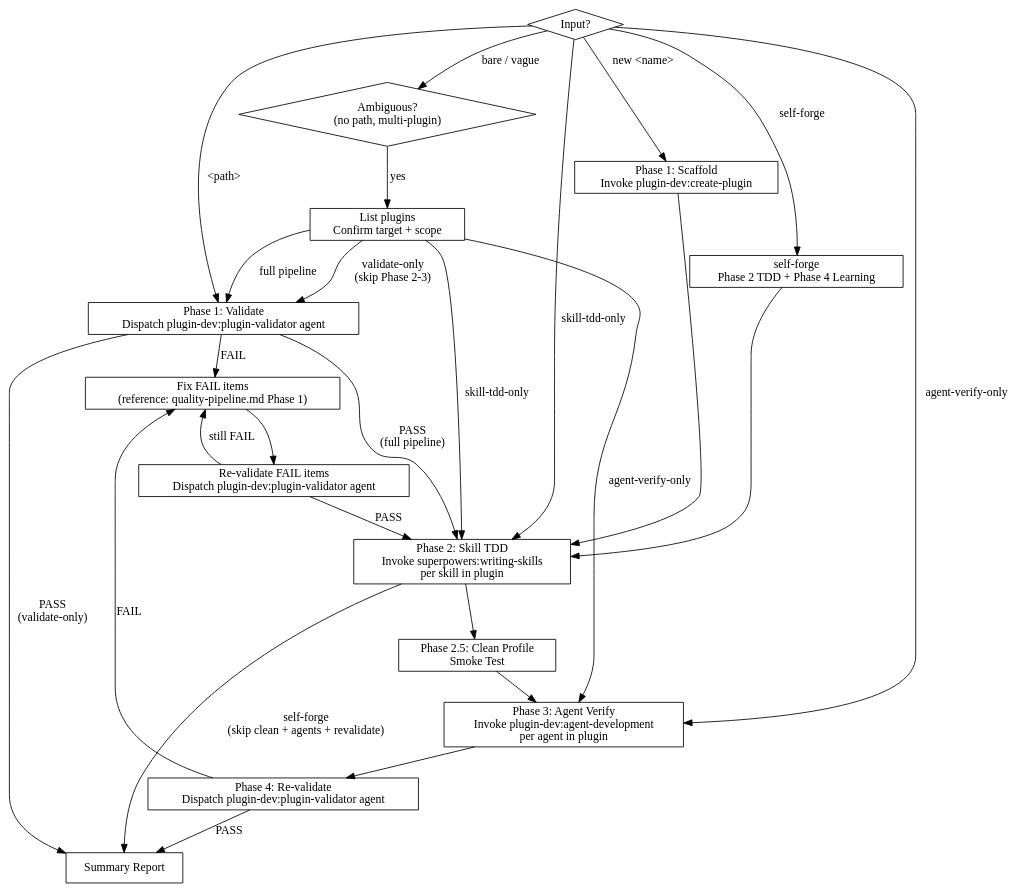
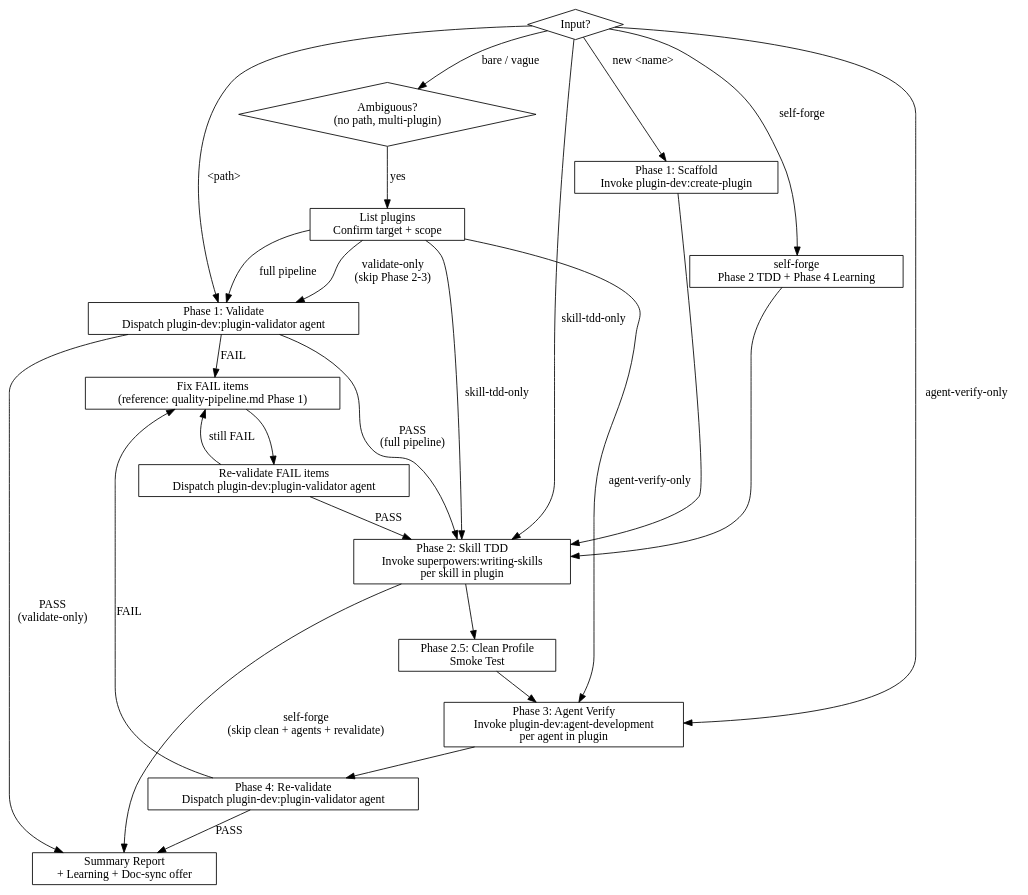
One commit to iamcxa/kc-claude-plugins changed the diagram in kc-plugin-forge/skills/kc-plugin-forge/SKILL.md. Above: the diagram before and after it, drawn with Graphviz. The commit also changed other lines of this file and 1 other file, not shown here.

First line of the commit message:
feat(kc-plugin-forge): add Phase 4 doc-sync offer after forge run

````diff
--- a/kc-plugin-forge/skills/kc-plugin-forge/SKILL.md
+++ b/kc-plugin-forge/skills/kc-plugin-forge/SKILL.md
@@ -21,47 +21,47 @@
 ```dot
 digraph forge {
   rankdir=TB;
   node [shape=diamond];
   input [label="Input?"];
   disambig [label="Ambiguous?\n(no path, multi-plugin)"];
 
   node [shape=box];
   ask [label="List plugins\nConfirm target + scope"];
   create [label="Phase 1: Scaffold\nInvoke plugin-dev:create-plugin"];
   audit [label="Phase 1: Validate\nDispatch plugin-dev:plugin-validator agent"];
   fix [label="Fix FAIL items\n(reference: quality-pipeline.md Phase 1)"];
   tdd [label="Phase 2: Skill TDD\nInvoke superpowers:writing-skills\nper skill in plugin"];
   clean [label="Phase 2.5: Clean Profile\nSmoke Test"];
   agents [label="Phase 3: Agent Verify\nInvoke plugin-dev:agent-development\nper agent in plugin"];
   revalidate [label="Phase 4: Re-validate\nDispatch plugin-dev:plugin-validator agent"];
-  report [label="Summary Report"];
+  report [label="Summary Report\n+ Learning + Doc-sync offer"];
   selfforge [label="self-forge\nPhase 2 TDD + Phase 4 Learning"];
 
   input -> create [label="new <name>"];
   input -> disambig [label="bare / vague"];
   disambig -> ask [label="yes"];
   ask -> audit [label="full pipeline"];
   ask -> audit [label="validate-only\n(skip Phase 2-3)"];
   ask -> tdd [label="skill-tdd-only"];
   ask -> agents [label="agent-verify-only"];
   input -> audit [label="<path>"];
   input -> tdd [label="skill-tdd-only"];
   input -> agents [label="agent-verify-only"];
   input -> selfforge [label="self-forge"];
   selfforge -> tdd;
   tdd -> report [label="self-forge\n(skip clean + agents + revalidate)"];
   create -> tdd;
   reaudit [label="Re-validate FAIL items\nDispatch plugin-dev:plugin-validator agent"];
   audit -> fix [label="FAIL"];
   audit -> tdd [label="PASS\n(full pipeline)"];
   audit -> report [label="PASS\n(validate-only)"];
   fix -> reaudit;
   reaudit -> tdd [label="PASS"];
   reaudit -> fix [label="still FAIL"];
   tdd -> clean;
   clean -> agents;
   agents -> revalidate;
   revalidate -> report [label="PASS"];
   revalidate -> fix [label="FAIL"];
 }
 ```
````
